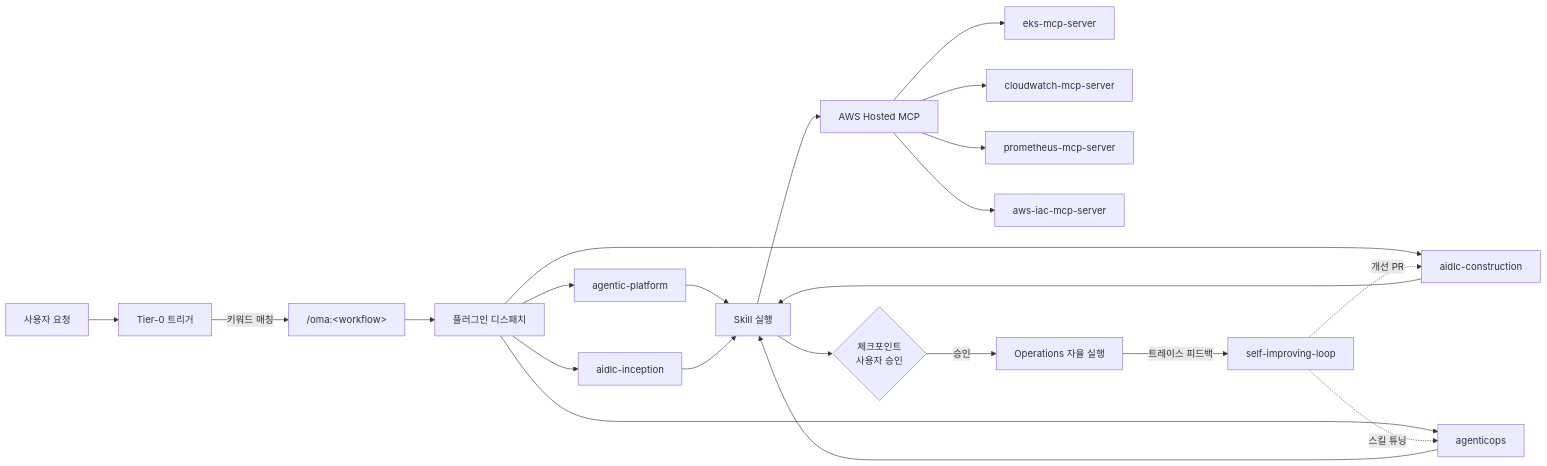
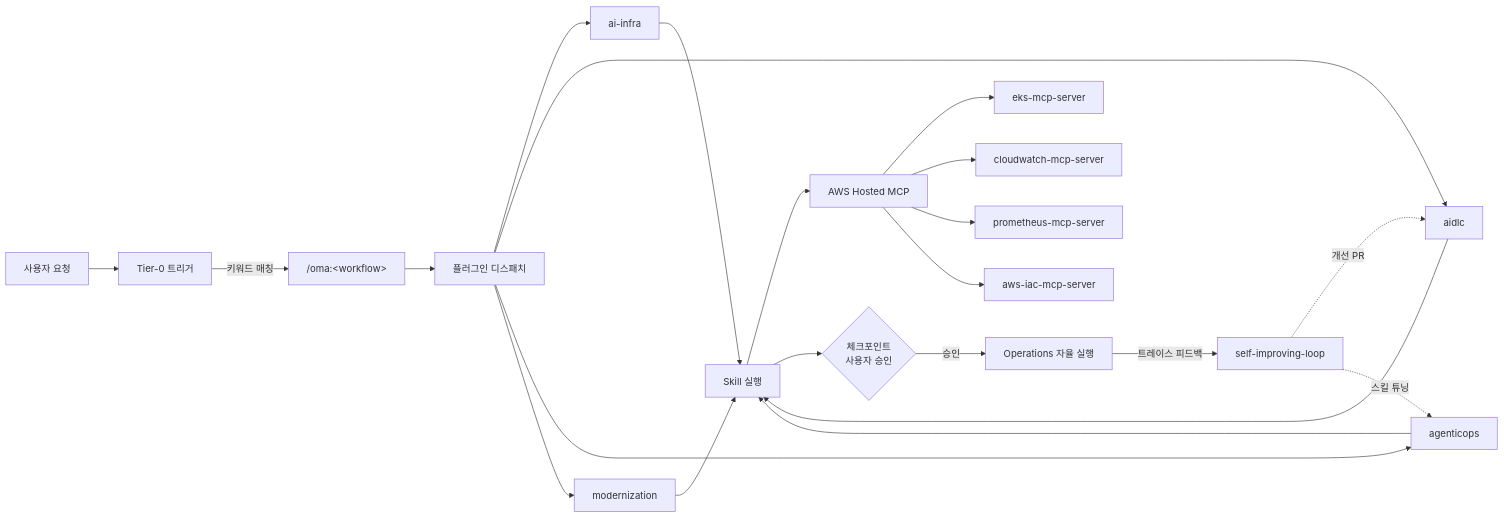
One commit to aws-samples/sample-oh-my-aidlcops changed the diagram in docs/docs/intro.md. Above: the diagram before and after it, drawn with Mermaid. The commit also changed other lines of this file, not shown here.

````diff
--- a/docs/docs/intro.md
+++ b/docs/docs/intro.md
@@ -45,24 +49,24 @@
 ```mermaid
 flowchart LR
     U[사용자 요청] --> T[Tier-0 트리거]
     T -->|키워드 매칭| C["/oma:&lt;workflow&gt;"]
     C --> D[플러그인 디스패치]
-    D --> P1[agentic-platform]
-    D --> P2[agenticops]
-    D --> P3[aidlc-inception]
-    D --> P4[aidlc-construction]
+    D --> P1[ai-infra]
+    D --> P2[aidlc]
+    D --> P3[agenticops]
+    D --> P4[modernization]
     P1 --> S[Skill 실행]
     P2 --> S
     P3 --> S
     P4 --> S
     S --> M[AWS Hosted MCP]
     M --> EKS[eks-mcp-server]
     M --> CW[cloudwatch-mcp-server]
     M --> PR[prometheus-mcp-server]
     M --> IAC[aws-iac-mcp-server]
     S --> CK{체크포인트<br/>사용자 승인}
     CK -->|승인| OP[Operations 자율 실행]
     OP -->|트레이스 피드백| SI[self-improving-loop]
-    SI -.개선 PR.-> P4
-    SI -.스킬 튜닝.-> P2
+    SI -.개선 PR.-> P2
+    SI -.스킬 튜닝.-> P3
 ```
````
